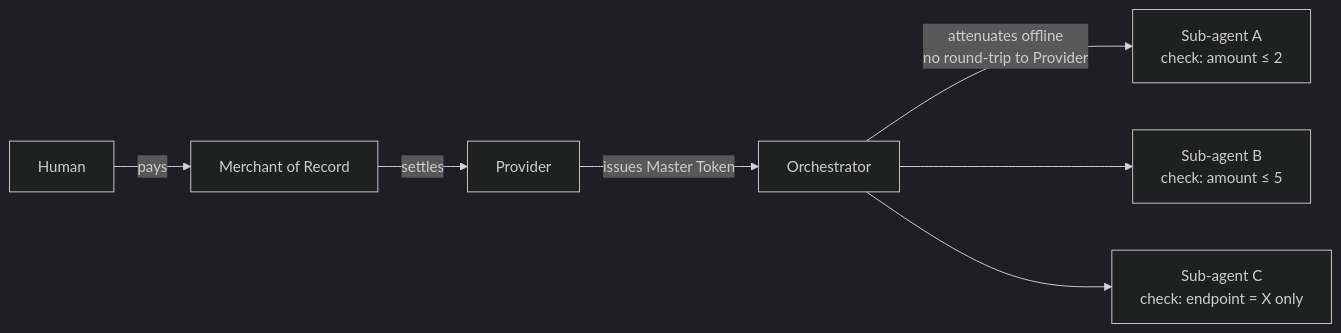
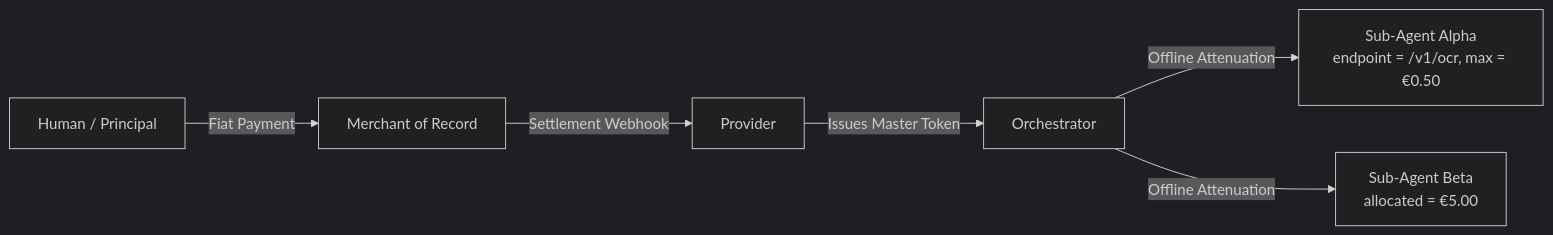
The first of 3 diagrams in 02-architecture.md (mceleri/attenuated-agent-budgets), drawn with Mermaid (dark theme) before and after one commit. The commit also changed other lines of this file and 14 other files, not shown here.

````diff
--- a/02-architecture.md
+++ b/02-architecture.md
@@ -10,9 +10,8 @@
 ```mermaid
 flowchart LR
-    H[Human] -->|pays| MoR[Merchant of Record]
-    MoR -->|settles| P[Provider]
-    P -->|issues Master Token| O[Orchestrator]
-    O -->|attenuates offline<br/>no round-trip to Provider| SA["Sub-agent A<br/>check: amount ≤ 2"]
-    O --> SB["Sub-agent B<br/>check: amount ≤ 5"]
-    O --> SC["Sub-agent C<br/>check: endpoint = X only"]
+    H[Human / Principal] -->|Fiat Payment| MoR[Merchant of Record]
+    MoR -->|Settlement Webhook| P[Provider]
+    P -->|Issues Master Token| O[Orchestrator]
+    O -->|Offline Attenuation| SA["Sub-Agent Alpha<br/>endpoint = /v1/ocr, max = €0.50"]
+    O -->|Offline Attenuation| SB["Sub-Agent Beta<br/>allocated = €5.00"]
 ```
````
